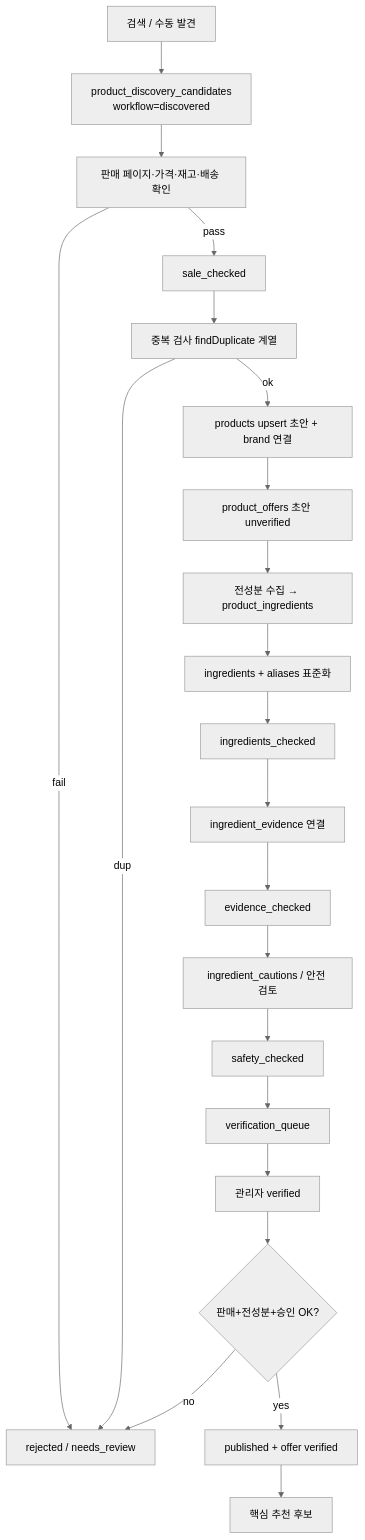
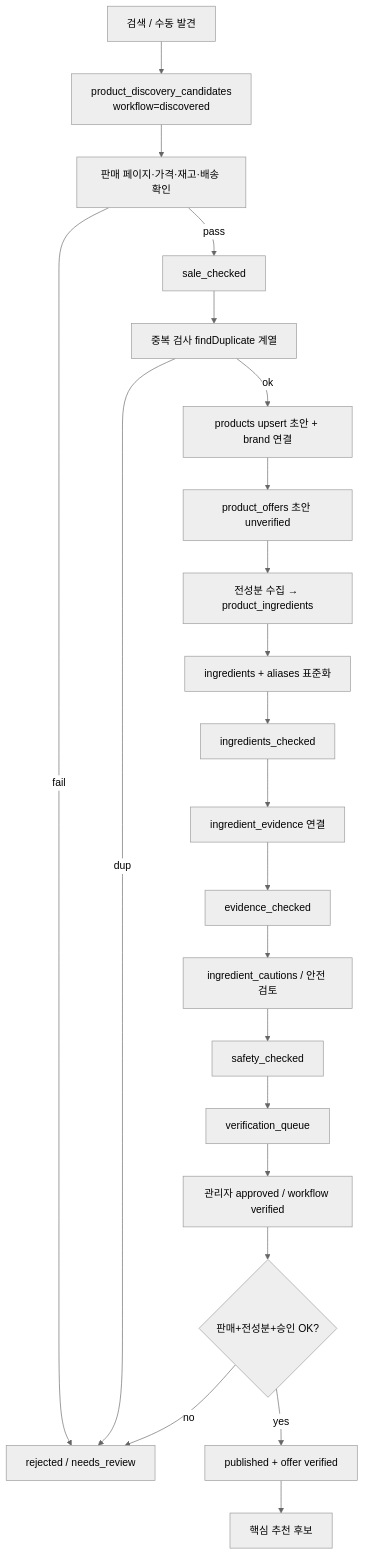
The second of 2 diagrams in docs/32-search-to-verified-erd.md (akscnl6521/kbeauty-platform), drawn with Mermaid (neutral theme) before and after one commit. The commit also changed other lines of this file and 5 other files, not shown here.

````diff
--- a/docs/32-search-to-verified-erd.md
+++ b/docs/32-search-to-verified-erd.md
@@ -175,24 +183,24 @@
 ```mermaid
 flowchart TD
   A[검색 / 수동 발견] --> B[product_discovery_candidates<br/>workflow=discovered]
   B --> C[판매 페이지·가격·재고·배송 확인]
   C -->|pass| D[sale_checked]
   C -->|fail| R[rejected / needs_review]
   D --> E[중복 검사 findDuplicate 계열]
   E -->|dup| R
   E -->|ok| F[products upsert 초안 + brand 연결]
   F --> G[product_offers 초안 unverified]
   G --> H[전성분 수집 → product_ingredients]
   H --> I[ingredients + aliases 표준화]
   I --> J[ingredients_checked]
   J --> K[ingredient_evidence 연결]
   K --> L[evidence_checked]
   L --> M[ingredient_cautions / 안전 검토]
   M --> N[safety_checked]
   N --> Q[verification_queue]
-  Q --> O[관리자 verified]
+  Q --> O[관리자 approved / workflow verified]
   O --> P{판매+전성분+승인 OK?}
   P -->|yes| PUB[published + offer verified]
   P -->|no| R
   PUB --> REC[핵심 추천 후보]
 ```
````
